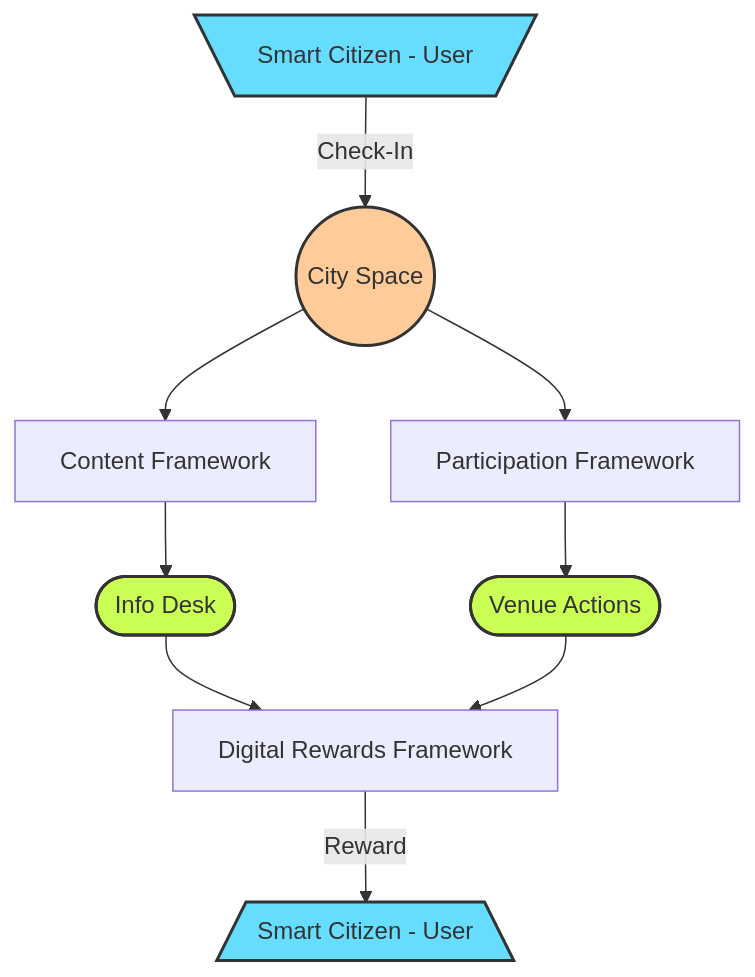
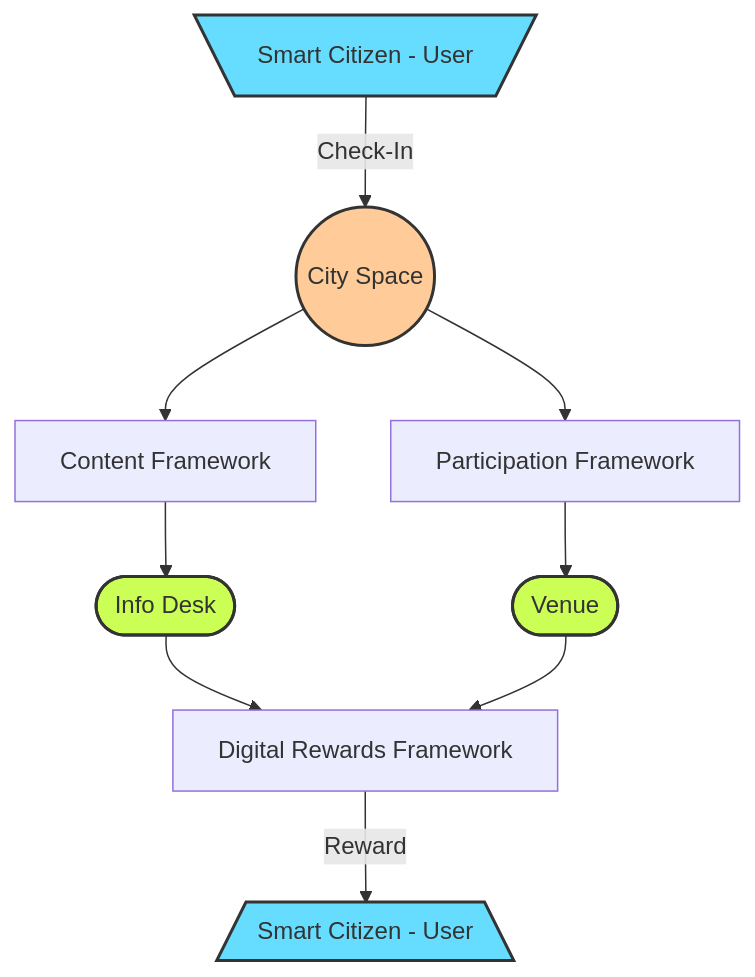
One commit to cityos-work/cityos-dev changed the diagram in pages/roadmap.md. Above: the diagram before and after it, drawn with Mermaid.

````diff
--- a/pages/roadmap.md
+++ b/pages/roadmap.md
@@ -67,16 +67,16 @@
 ```mermaid
 graph TB;
     USER[\Smart Citizen - User/]-- Check-In -->SPACE((City Space));
     SPACE-->CONTENT[Content Framework];
     SPACE-->PARTICIPATION[Participation Framework];
     CONTENT-->INFO([Info Desk]);
-    PARTICIPATION-->ACTIONS([Venue Actions]);
+    PARTICIPATION-->VENUE([Venue]);
     INFO-->REWARDFRAMEWORK[Digital Rewards Framework];
-    ACTIONS-->REWARDFRAMEWORK;
+    VENUE-->REWARDFRAMEWORK;
     REWARDFRAMEWORK-- Reward -->REWARDEDUSER[/Smart Citizen - User\];
     style USER fill:#6df,stroke:#333,stroke-width:2px
     style REWARDEDUSER fill:#6df,stroke:#333,stroke-width:2px
     style SPACE fill:#fc9,stroke:#333,stroke-width:2px
     style INFO fill:#CF5, stroke:#333,stroke-width:2px
-    style ACTIONS fill:#CF5, stroke:#333,stroke-width:2px 
+    style VENUE fill:#CF5, stroke:#333,stroke-width:2px 
 ```
````
